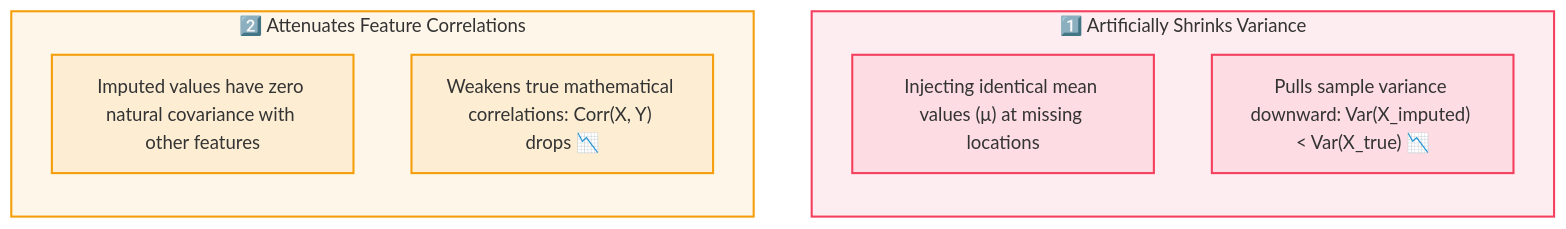
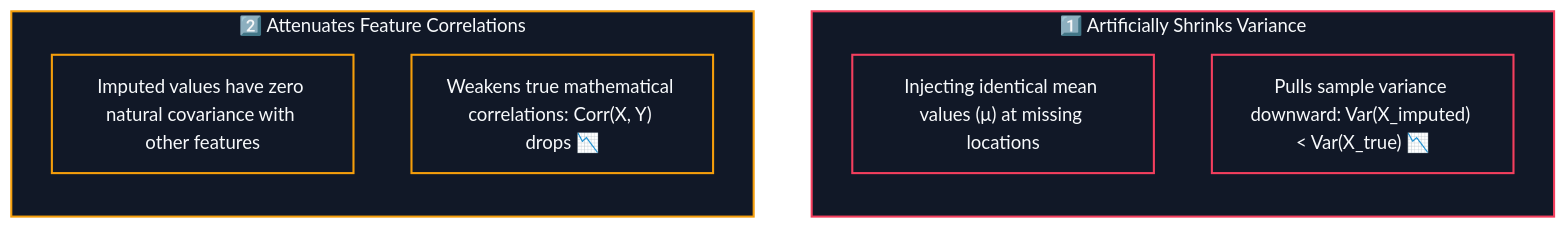
One commit to abhinavbharti2345/CS_Notes changed the fourth of 4 diagrams in CS/AI & ML/02. Data Preprocessing/03. Missing Value Imputation.md. Above: the diagram before and after it, drawn with Mermaid. The commit also changed other lines of this file and 195 other files, not shown here.

````diff
--- a/CS/AI & ML/02. Data Preprocessing/03. Missing Value Imputation.md
+++ b/CS/AI & ML/02. Data Preprocessing/03. Missing Value Imputation.md
@@ -212,19 +215,20 @@
 ```mermaid
+%%{init: {'theme': 'base', 'themeVariables': { 'darkMode': true, 'background': '#0B0F14', 'mainBkg': '#111827', 'primaryColor': '#111827', 'primaryTextColor': '#F8FAFC', 'primaryBorderColor': '#38BDF8', 'lineColor': '#64748B', 'secondaryColor': '#0B0F14', 'tertiaryColor': '#0B0F14', 'clusterBkg': '#0B0F14', 'clusterBorder': '#38BDF8' }}}%%
 flowchart TD
     subgraph Pitfall1 ["1️⃣ Artificially Shrinks Variance"]
         direction TB
         V1["Injecting identical mean values (μ) at missing locations"]
         V2["Pulls sample variance downward: Var(X_imputed) < Var(X_true) 📉"]
     end
 
     subgraph Pitfall2 ["2️⃣ Attenuates Feature Correlations"]
         direction TB
         C1["Imputed values have zero natural covariance with other features"]
         C2["Weakens true mathematical correlations: Corr(X, Y) drops 📉"]
     end
 
-    classDef p1 fill:#f43f5e18,stroke:#f43f5e,stroke-width:1.8px;
-    classDef p2 fill:#f59e0b18,stroke:#f59e0b,stroke-width:1.8px;
+    classDef p1 fill:#111827,stroke:#f43f5e,stroke-width:1.8px,color:#F8FAFC;
+    classDef p2 fill:#111827,stroke:#f59e0b,stroke-width:1.8px,color:#F8FAFC;
     class Pitfall1,V1,V2 p1;
     class Pitfall2,C1,C2 p2;
 ```
````
